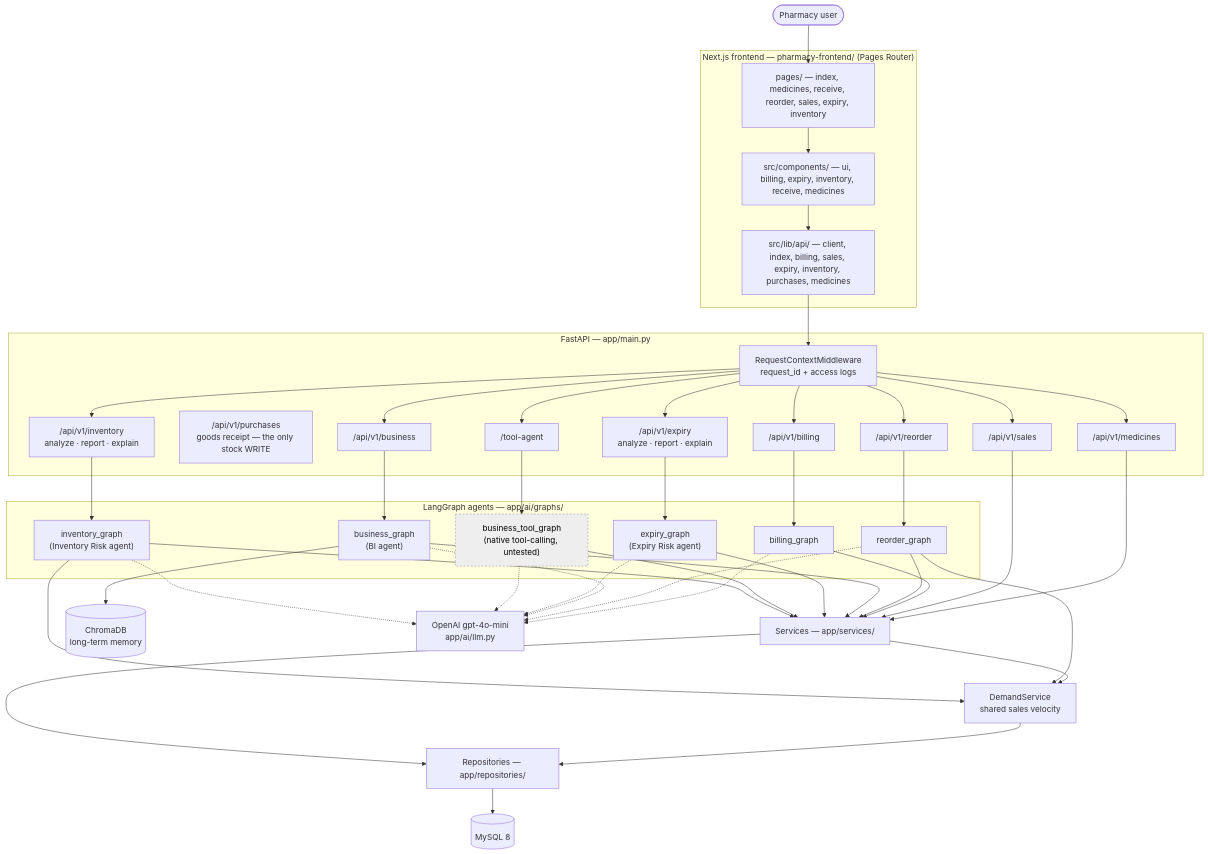
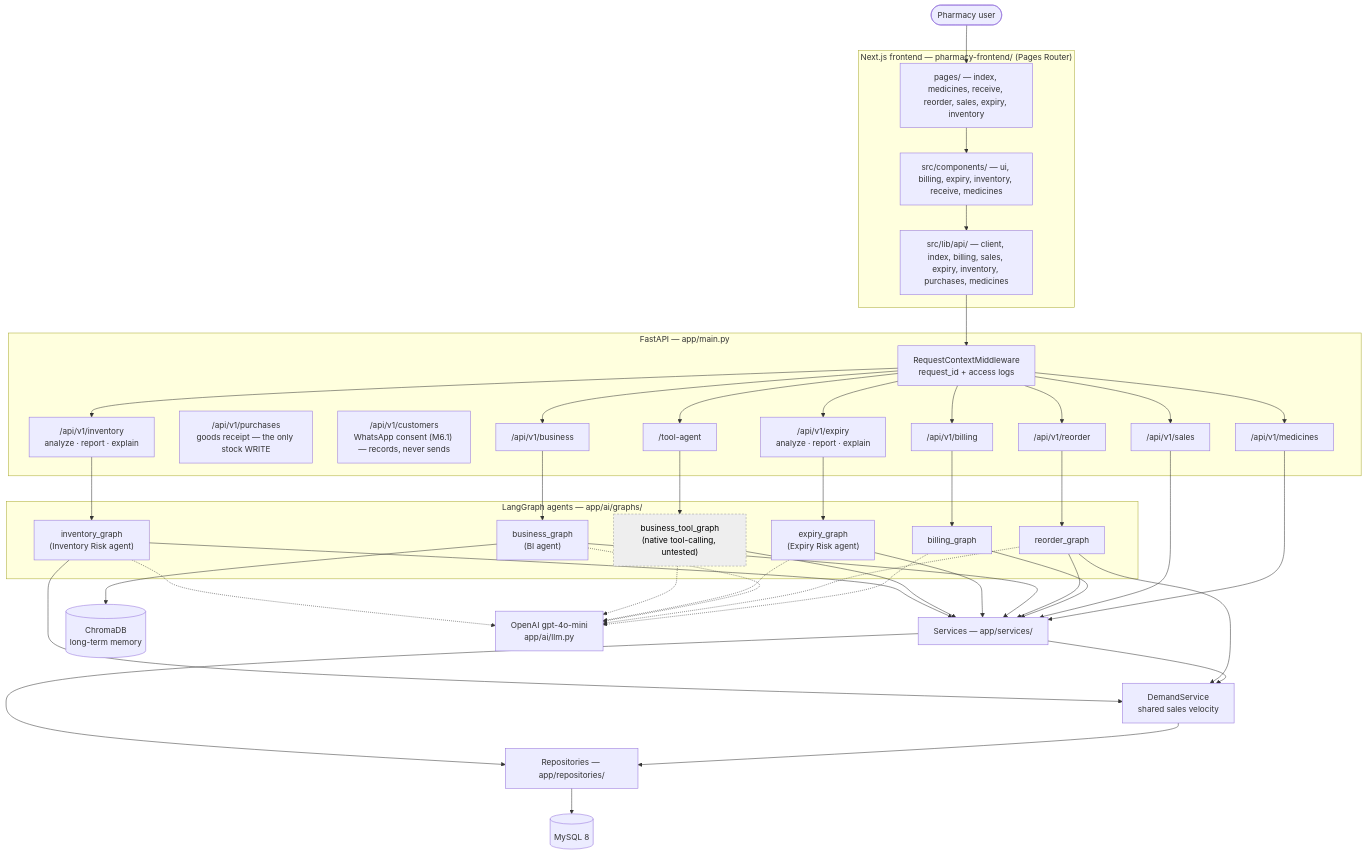
Before and after one commit to anurag-main/AI-Powered-Connected-Pharmacy-Ecosystem: the first of 2 diagrams in docs/architecture.md, drawn with Mermaid. The commit also changed other lines of this file and 6 other files, not shown here.

```diff
--- a/docs/architecture.md
+++ b/docs/architecture.md
@@ -27,6 +27,7 @@
         MW["RequestContextMiddleware<br/>request_id + access logs"]
         R1["/api/v1/medicines"]
         R9["/api/v1/purchases<br/>goods receipt — the only stock WRITE"]
+        R10["/api/v1/customers<br/>WhatsApp consent (M6.1) — records, never sends"]
         R2["/api/v1/billing"]
         R3["/api/v1/reorder"]
         R4["/api/v1/business"]
```
